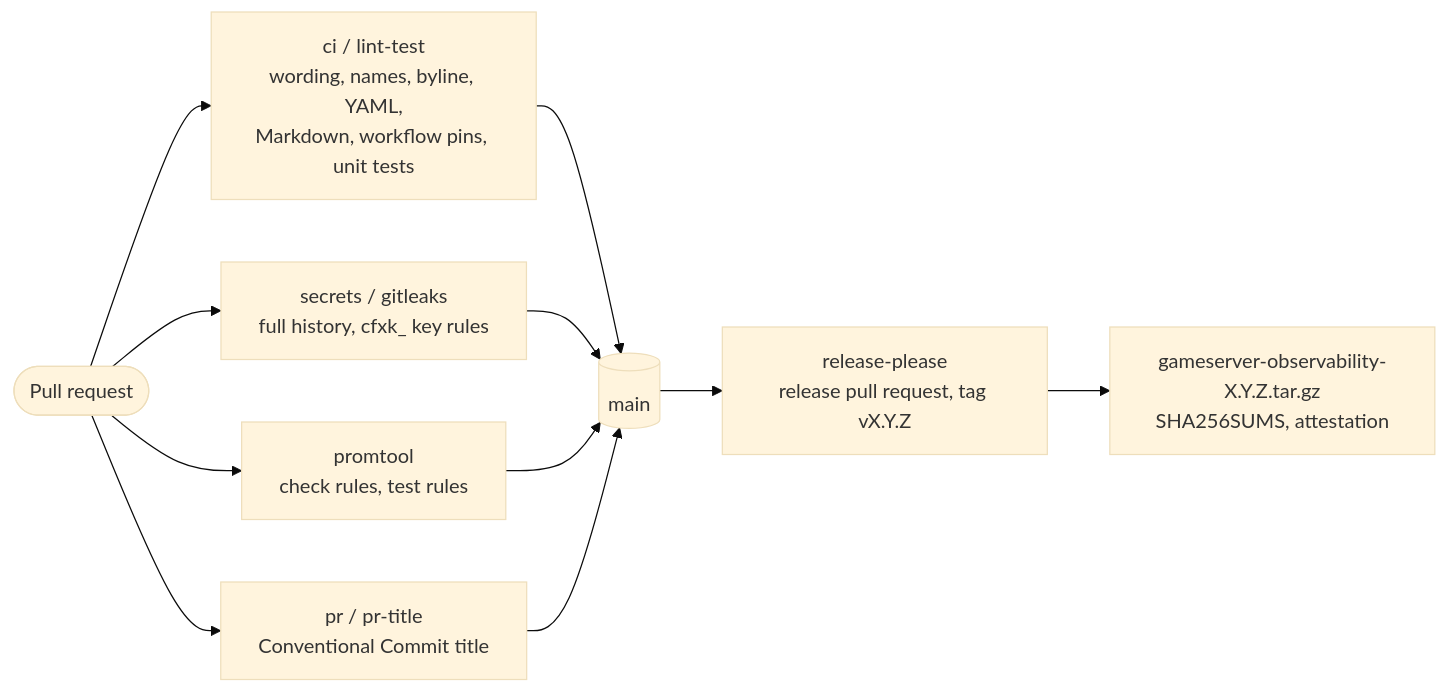
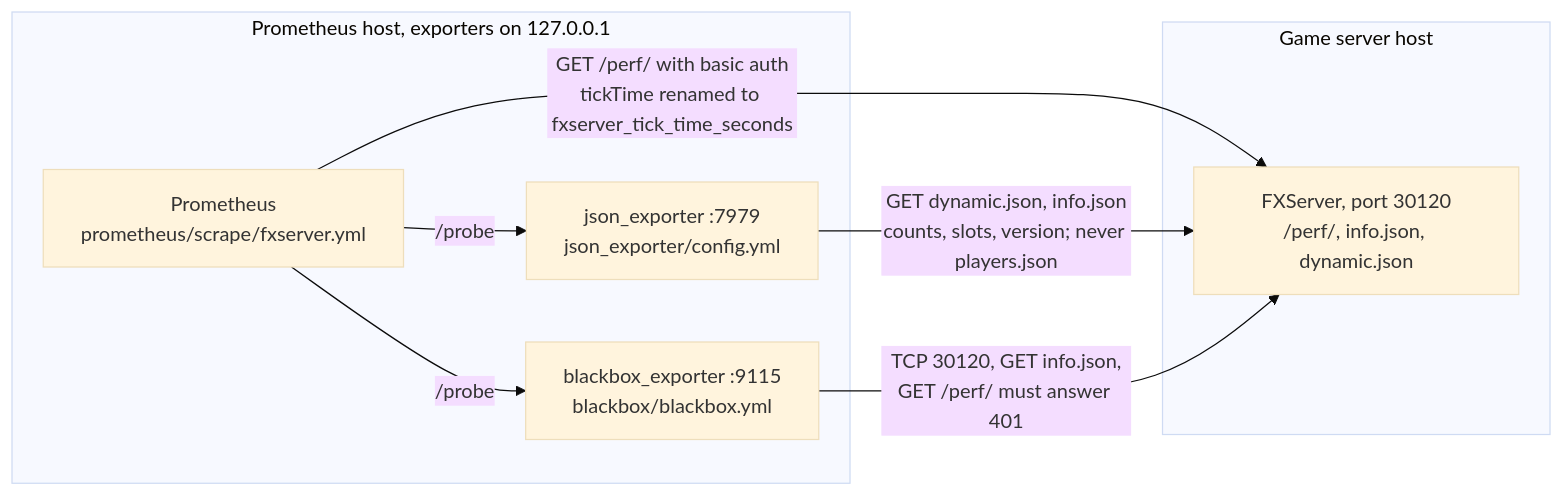
Before and after one commit to luminare-dev/gameserver-observability: the diagram in README.md, drawn with Mermaid (base theme). The commit also changed other lines of this file and 23 other files, not shown here.

First line of the commit message:
feat: add the scrape configuration and exporter modules (#3)

````diff
--- a/README.md
+++ b/README.md
@@ -50,10 +60,16 @@
 ```mermaid
 flowchart LR
-    pr(["Pull request"]) --> lint["ci / lint-test<br/>wording, names, byline, YAML,<br/>Markdown, workflow pins, unit tests"]
-    pr --> leaks["secrets / gitleaks<br/>full history, cfxk_ key rules"]
-    pr --> prom["promtool<br/>check rules, test rules"]
-    pr --> title["pr / pr-title<br/>Conventional Commit title"]
-    lint & leaks & prom & title --> main[("main")]
-    main --> rp["release-please<br/>release pull request, tag vX.Y.Z"]
-    rp --> asset["gameserver-observability-X.Y.Z.tar.gz<br/>SHA256SUMS, attestation"]
+    subgraph game["Game server host"]
+        fx["FXServer, port 30120<br/>/perf/, info.json, dynamic.json"]
+    end
+    subgraph mon["Prometheus host, exporters on 127.0.0.1"]
+        prom["Prometheus<br/>prometheus/scrape/fxserver.yml"]
+        je["json_exporter :7979<br/>json_exporter/config.yml"]
+        bb["blackbox_exporter :9115<br/>blackbox/blackbox.yml"]
+    end
+    prom -- "GET /perf/ with basic auth<br/>tickTime renamed to fxserver_tick_time_seconds" --> fx
+    prom -- "/probe" --> je
+    je -- "GET dynamic.json, info.json<br/>counts, slots, version; never players.json" --> fx
+    prom -- "/probe" --> bb
+    bb -- "TCP 30120, GET info.json,<br/>GET /perf/ must answer 401" --> fx
 ```
````
